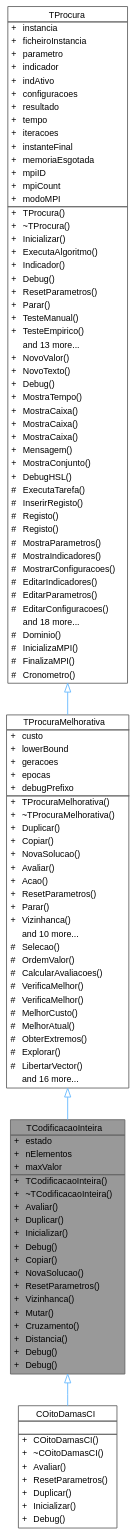
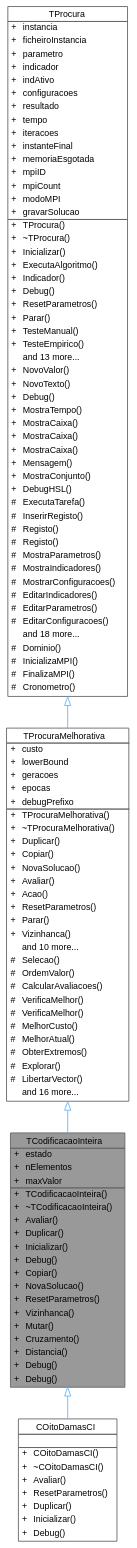
Before and after one commit to jcoelho72/TProcura: the diagram in classTCodificacaoInteira__inherit__graph.dot, drawn with Graphviz. The commit also changed 138 other files, not shown here.

```diff
--- a/classTCodificacaoInteira__inherit__graph.dot
+++ b/classTCodificacaoInteira__inherit__graph.dot
@@ -77,6 +77,7 @@
 <TR><TD VALIGN="top" CELLPADDING="1" CELLSPACING="0">+</TD><TD VALIGN="top" ALIGN="LEFT" CELLPADDING="1" CELLSPACING="0">mpiID<BR ALIGN="LEFT"/></TD></TR>
 <TR><TD VALIGN="top" CELLPADDING="1" CELLSPACING="0">+</TD><TD VALIGN="top" ALIGN="LEFT" CELLPADDING="1" CELLSPACING="0">mpiCount<BR ALIGN="LEFT"/></TD></TR>
 <TR><TD VALIGN="top" CELLPADDING="1" CELLSPACING="0">+</TD><TD VALIGN="top" ALIGN="LEFT" CELLPADDING="1" CELLSPACING="0">modoMPI<BR ALIGN="LEFT"/></TD></TR>
+<TR><TD VALIGN="top" CELLPADDING="1" CELLSPACING="0">+</TD><TD VALIGN="top" ALIGN="LEFT" CELLPADDING="1" CELLSPACING="0">gravarSolucao<BR ALIGN="LEFT"/></TD></TR>
 <HR/>
 <TR><TD VALIGN="top" CELLPADDING="1" CELLSPACING="0">+</TD><TD VALIGN="top" ALIGN="LEFT" CELLPADDING="1" CELLSPACING="0">TProcura()<BR ALIGN="LEFT"/></TD></TR>
 <TR><TD VALIGN="top" CELLPADDING="1" CELLSPACING="0">+</TD><TD VALIGN="top" ALIGN="LEFT" CELLPADDING="1" CELLSPACING="0">~TProcura()<BR ALIGN="LEFT"/></TD></TR>
```
